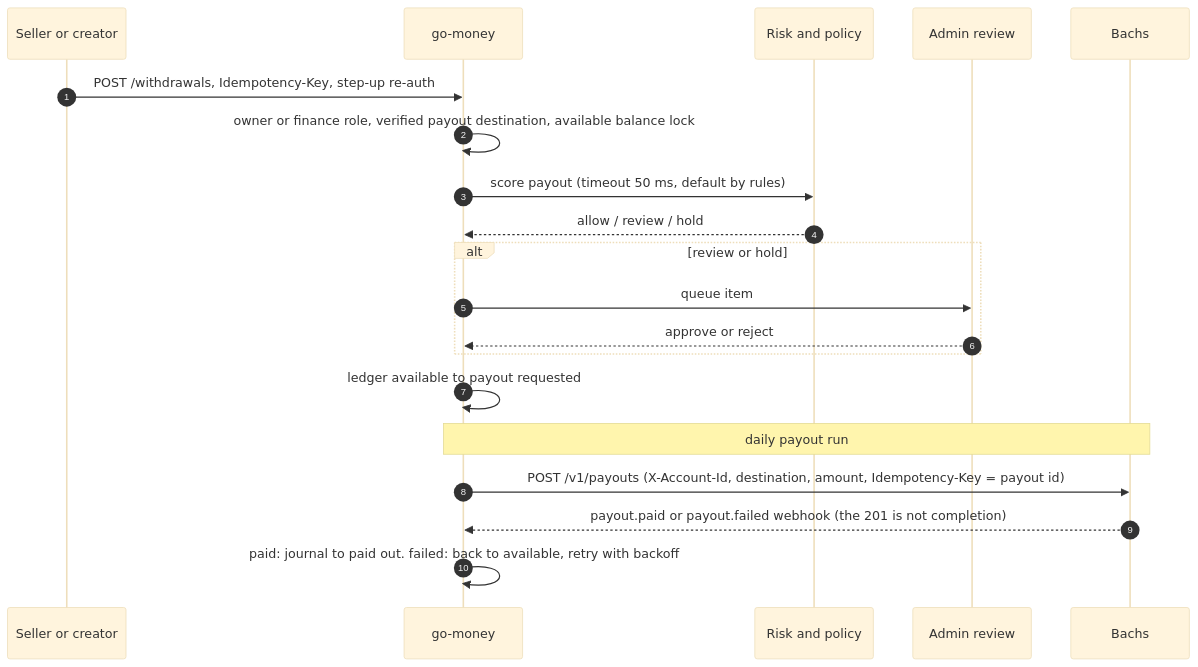
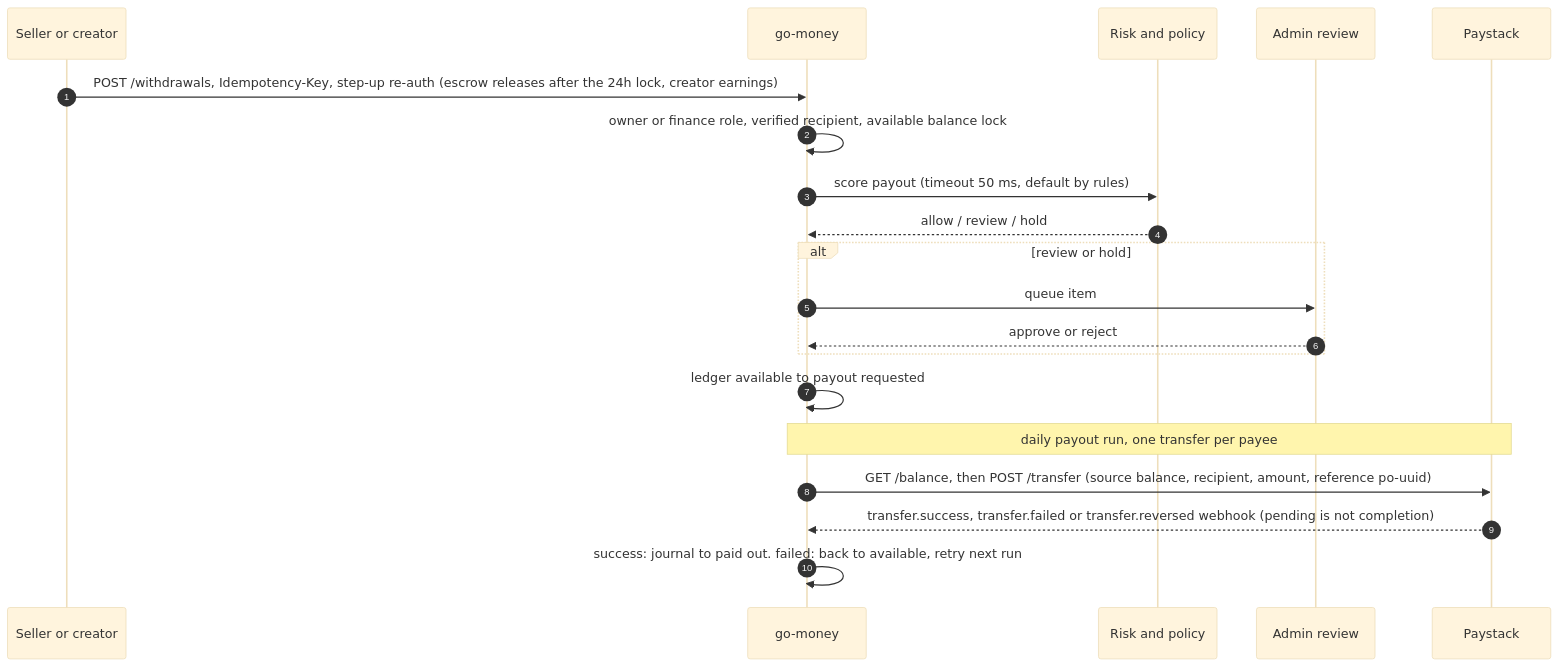
One commit to telente-technologies/nantty changed the seventh of 7 diagrams in docs/architecture/payments.md. Above: the diagram before and after it, drawn with Mermaid (base theme). The commit also changed other lines of this file and 2 other files, not shown here.

Commit message:
docs(architecture): payments marketplace and events docs [skip build]

````diff
--- a/docs/architecture/payments.md
+++ b/docs/architecture/payments.md
@@ -272,22 +278,22 @@
 ```mermaid
 sequenceDiagram
   autonumber
   participant U as Seller or creator
   participant M as go-money
   participant R as Risk and policy
   participant AD as Admin review
-  participant B as Bachs
-  U->>M: POST /withdrawals, Idempotency-Key, step-up re-auth
-  M->>M: owner or finance role, verified payout destination, available balance lock
+  participant P as Paystack
+  U->>M: POST /withdrawals, Idempotency-Key, step-up re-auth (escrow releases after the 24h lock, creator earnings)
+  M->>M: owner or finance role, verified recipient, available balance lock
   M->>R: score payout (timeout 50 ms, default by rules)
   R-->>M: allow / review / hold
   alt review or hold
     M->>AD: queue item
     AD-->>M: approve or reject
   end
   M->>M: ledger available to payout requested
-  Note over M,B: daily payout run
-  M->>B: POST /v1/payouts (X-Account-Id, destination, amount, Idempotency-Key = payout id)
-  B-->>M: payout.paid or payout.failed webhook (the 201 is not completion)
-  M->>M: paid: journal to paid out. failed: back to available, retry with backoff
+  Note over M,P: daily payout run, one transfer per payee
+  M->>P: GET /balance, then POST /transfer (source balance, recipient, amount, reference po-uuid)
+  P-->>M: transfer.success, transfer.failed or transfer.reversed webhook (pending is not completion)
+  M->>M: success: journal to paid out. failed: back to available, retry next run
 ```
````
